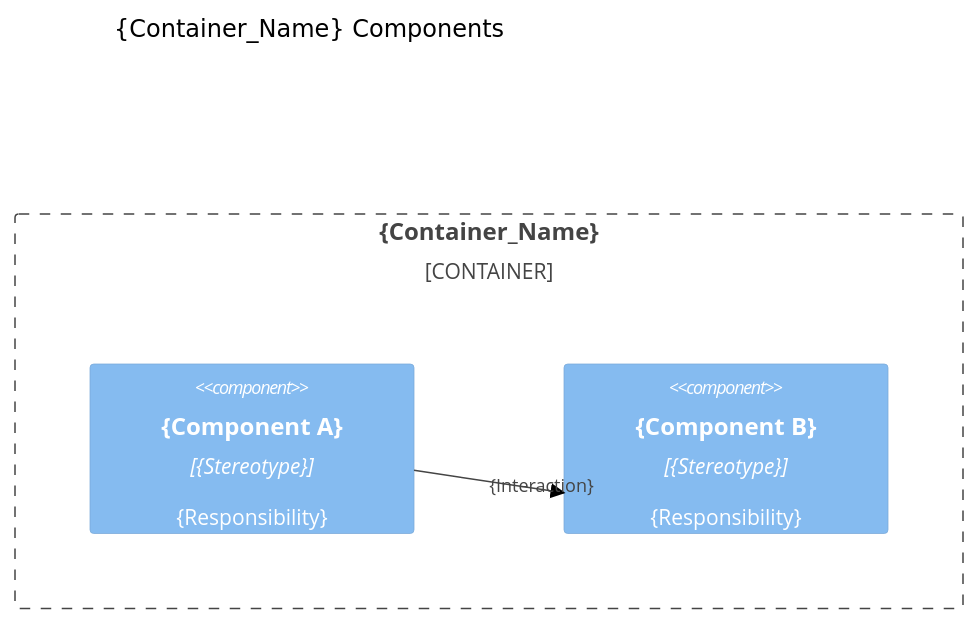
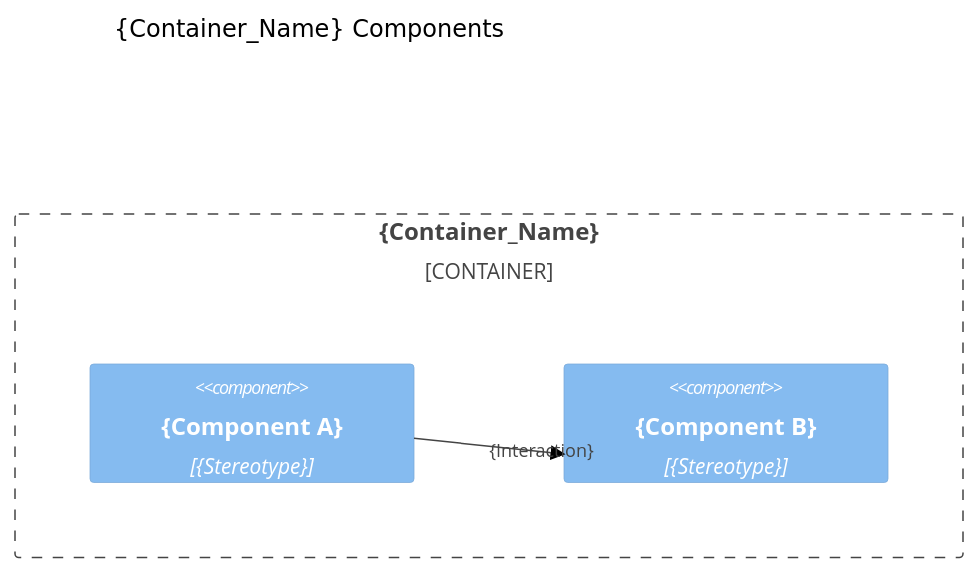
One commit to AIDDbot/AIDDbot changed the diagram in .agents/skills/extract/assets/container.arch.template.md. Above: the diagram before and after it, drawn with Mermaid (forest theme). The commit also changed other lines of this file and 6 other files, not shown here.

````diff
--- a/.agents/skills/extract/assets/container.arch.template.md
+++ b/.agents/skills/extract/assets/container.arch.template.md
@@ -17,11 +17,11 @@
 ```mermaid
 C4Component
   title {Container_Name} Components
 
   Container_Boundary(boundary, "{Container_Name}") {
-    Component(comp_a, "{Component A}", "{Stereotype}", "{Responsibility}")
-    Component(comp_b, "{Component B}", "{Stereotype}", "{Responsibility}")
+    Component(comp_a, "{Component A}", "{Stereotype}")
+    Component(comp_b, "{Component B}", "{Stereotype}")
   }
 
   Rel(comp_a, comp_b, "{Interaction}")
 ```
````
